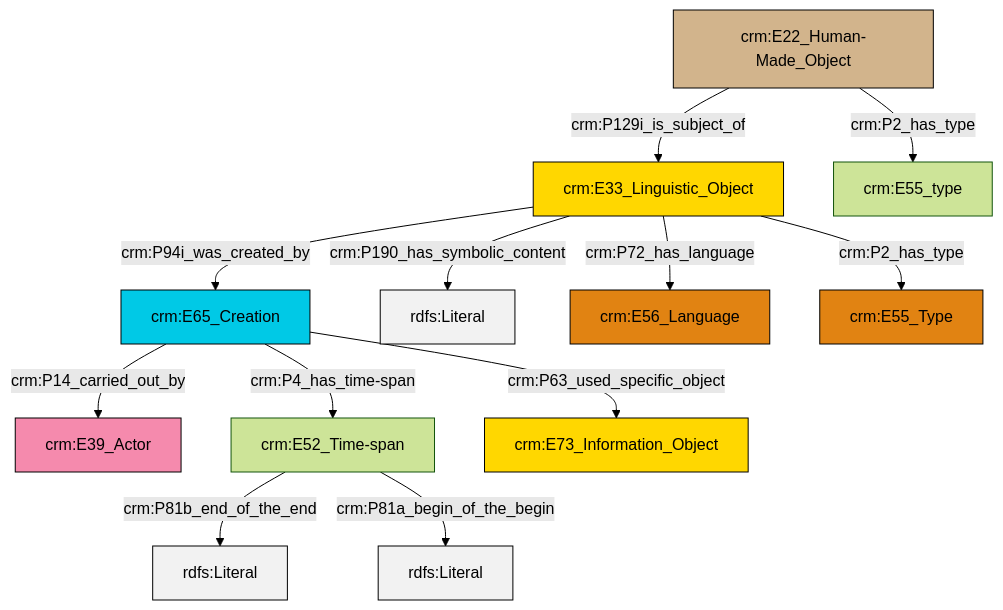
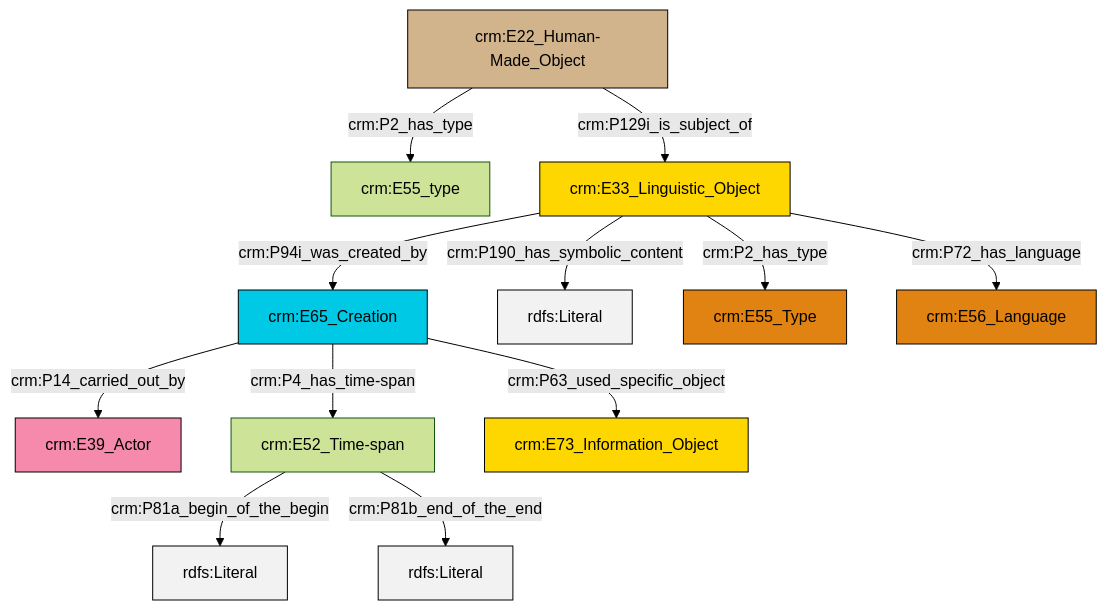
Before and after one commit to swiss-art-research-net/reference-data-models: the diagram in et/builtWorkCSV/ttl/mmd/Built_Work_description.ttl.mmd, drawn with Mermaid (forest theme). The commit also changed 122 other files, not shown here.

```diff
--- a/et/builtWorkCSV/ttl/mmd/Built_Work_description.ttl.mmd
+++ b/et/builtWorkCSV/ttl/mmd/Built_Work_description.ttl.mmd
@@ -1,26 +1,26 @@
 graph TD
 classDef Literal fill:#f2f2f2,stroke:#000000;
 classDef CRM_Entity fill:#FFFFFF,stroke:#000000;
 classDef Temporal_Entity fill:#00C9E6, stroke:#000000;
 classDef Type fill:#E18312, stroke:#000000;
 classDef Time-Span fill:#2C9C91, stroke:#000000;
 classDef Appellation fill:#FFEB7F, stroke:#000000;
 classDef Place fill:#008836, stroke:#000000;
 classDef Persistent_Item fill:#B266B2, stroke:#000000;
 classDef Conceptual_Object fill:#FFD700, stroke:#000000;
 classDef Physical_Thing fill:#D2B48C, stroke:#000000;
 classDef Actor fill:#f58aad, stroke:#000000;
 classDef PC_Classes fill:#4ce600, stroke:#000000;
 classDef Multi fill:#cccccc,stroke:#000000;
 
-0["crm:E65_Creation"]:::Temporal_Entity -->|crm:P14_carried_out_by| 1["crm:E39_Actor"]:::Actor
-0["crm:E65_Creation"]:::Temporal_Entity -->|crm:P4_has_time-span| 2["crm:E52_Time-span"]:::Default
-3["crm:E33_Linguistic_Object"]:::Conceptual_Object -->|crm:P190_has_symbolic_content| 4[rdfs:Literal]:::Literal
-2["crm:E52_Time-span"]:::Default -->|crm:P81b_end_of_the_end| 5[rdfs:Literal]:::Literal
-3["crm:E33_Linguistic_Object"]:::Conceptual_Object -->|crm:P72_has_language| 7["crm:E56_Language"]:::Type
-3["crm:E33_Linguistic_Object"]:::Conceptual_Object -->|crm:P94i_was_created_by| 0["crm:E65_Creation"]:::Temporal_Entity
-2["crm:E52_Time-span"]:::Default -->|crm:P81a_begin_of_the_begin| 9[rdfs:Literal]:::Literal
-10["crm:E22_Human-Made_Object"]:::Physical_Thing -->|crm:P2_has_type| 11["crm:E55_type"]:::Default
-3["crm:E33_Linguistic_Object"]:::Conceptual_Object -->|crm:P2_has_type| 13["crm:E55_Type"]:::Type
-0["crm:E65_Creation"]:::Temporal_Entity -->|crm:P63_used_specific_object| 15["crm:E73_Information_Object"]:::Conceptual_Object
-10["crm:E22_Human-Made_Object"]:::Physical_Thing -->|crm:P129i_is_subject_of| 3["crm:E33_Linguistic_Object"]:::Conceptual_Object
+0["crm:E22_Human-Made_Object"]:::Physical_Thing -->|crm:P2_has_type| 1["crm:E55_type"]:::Default
+2["crm:E33_Linguistic_Object"]:::Conceptual_Object -->|crm:P94i_was_created_by| 3["crm:E65_Creation"]:::Temporal_Entity
+0["crm:E22_Human-Made_Object"]:::Physical_Thing -->|crm:P129i_is_subject_of| 2["crm:E33_Linguistic_Object"]:::Conceptual_Object
+2["crm:E33_Linguistic_Object"]:::Conceptual_Object -->|crm:P190_has_symbolic_content| 6[rdfs:Literal]:::Literal
+3["crm:E65_Creation"]:::Temporal_Entity -->|crm:P4_has_time-span| 7["crm:E52_Time-span"]:::Default
+2["crm:E33_Linguistic_Object"]:::Conceptual_Object -->|crm:P2_has_type| 9["crm:E55_Type"]:::Type
+2["crm:E33_Linguistic_Object"]:::Conceptual_Object -->|crm:P72_has_language| 11["crm:E56_Language"]:::Type
+7["crm:E52_Time-span"]:::Default -->|crm:P81a_begin_of_the_begin| 12[rdfs:Literal]:::Literal
+3["crm:E65_Creation"]:::Temporal_Entity -->|crm:P63_used_specific_object| 13["crm:E73_Information_Object"]:::Conceptual_Object
+3["crm:E65_Creation"]:::Temporal_Entity -->|crm:P14_carried_out_by| 4["crm:E39_Actor"]:::Actor
+7["crm:E52_Time-span"]:::Default -->|crm:P81b_end_of_the_end| 17[rdfs:Literal]:::Literal
```
